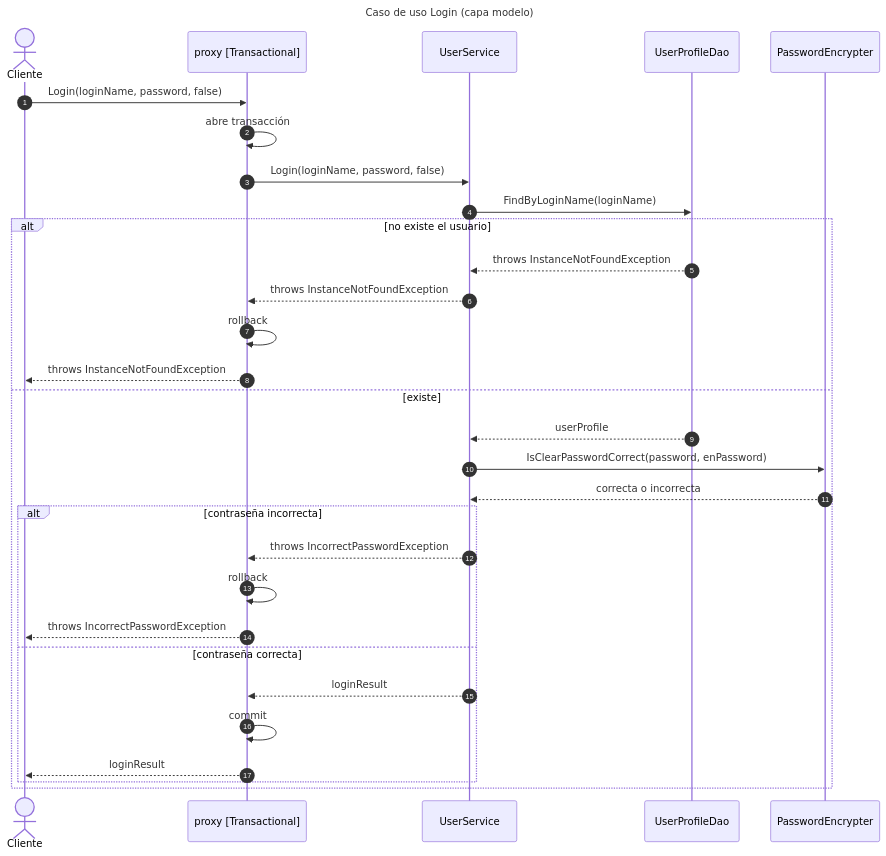
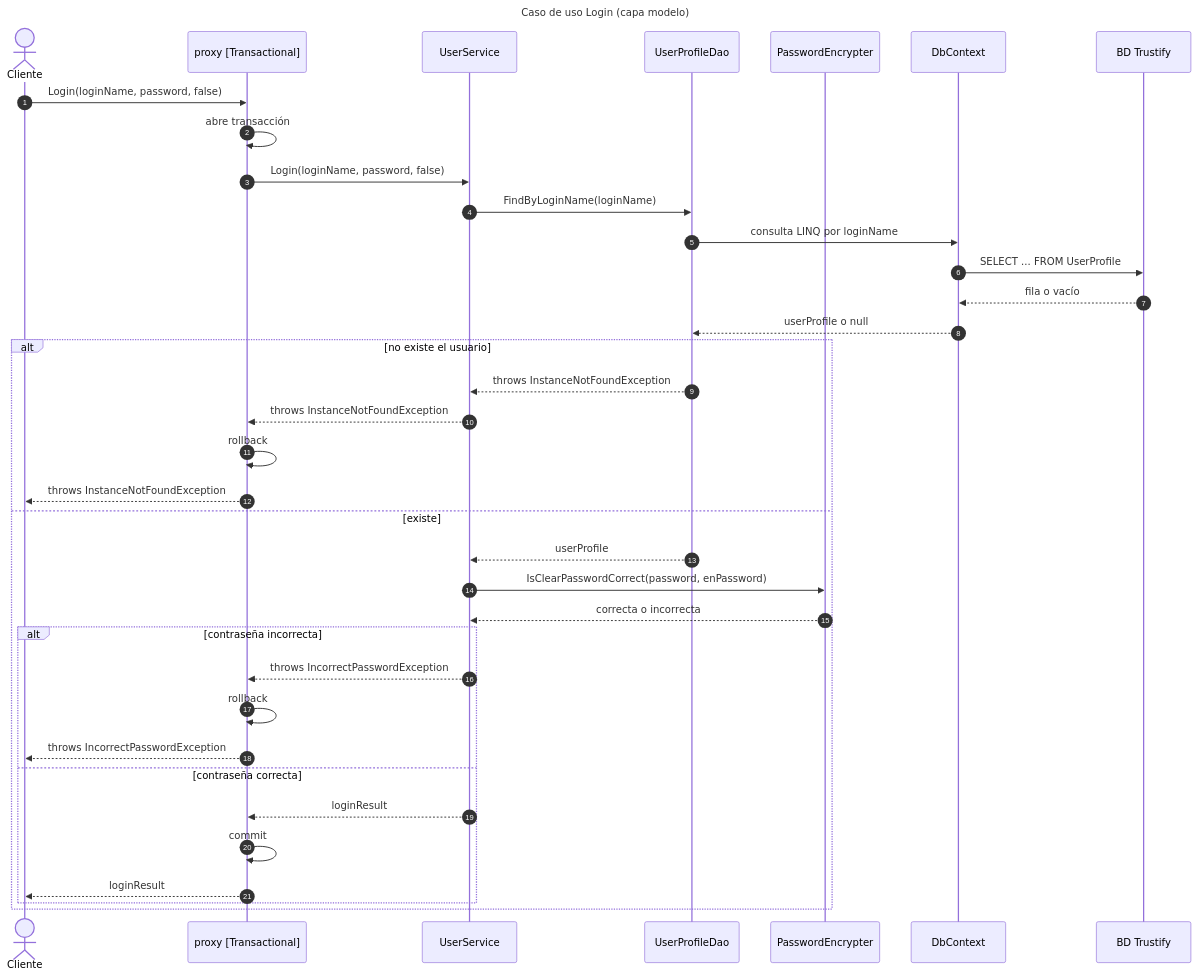
The tenth of 11 diagrams in README.md (Martinhdeez/memoria-trustify-preview), drawn with Mermaid before and after one commit.

Commit message:
Secuencia de Login con DbContext

````diff
--- a/README.md
+++ b/README.md
@@ -523,37 +523,43 @@
 ```mermaid
 ---
 title: Caso de uso Login (capa modelo)
 ---
 sequenceDiagram
     autonumber
     actor Cliente
     participant Proxy as proxy [Transactional]
     participant Service as UserService
     participant Dao as UserProfileDao
     participant Enc as PasswordEncrypter
+    participant Ctx as DbContext
+    participant BD as BD Trustify
 
     Cliente->>Proxy: Login(loginName, password, false)
     Proxy->>Proxy: abre transacción
     Proxy->>Service: Login(loginName, password, false)
     Service->>Dao: FindByLoginName(loginName)
+    Dao->>Ctx: consulta LINQ por loginName
+    Ctx->>BD: SELECT ... FROM UserProfile
+    BD-->>Ctx: fila o vacío
+    Ctx-->>Dao: userProfile o null
 
     alt no existe el usuario
         Dao-->>Service: throws InstanceNotFoundException
         Service-->>Proxy: throws InstanceNotFoundException
         Proxy->>Proxy: rollback
         Proxy-->>Cliente: throws InstanceNotFoundException
     else existe
         Dao-->>Service: userProfile
         Service->>Enc: IsClearPasswordCorrect(password, enPassword)
         Enc-->>Service: correcta o incorrecta
         alt contraseña incorrecta
             Service-->>Proxy: throws IncorrectPasswordException
             Proxy->>Proxy: rollback
             Proxy-->>Cliente: throws IncorrectPasswordException
         else contraseña correcta
             Service-->>Proxy: loginResult
             Proxy->>Proxy: commit
             Proxy-->>Cliente: loginResult
         end
     end
 ```
````
